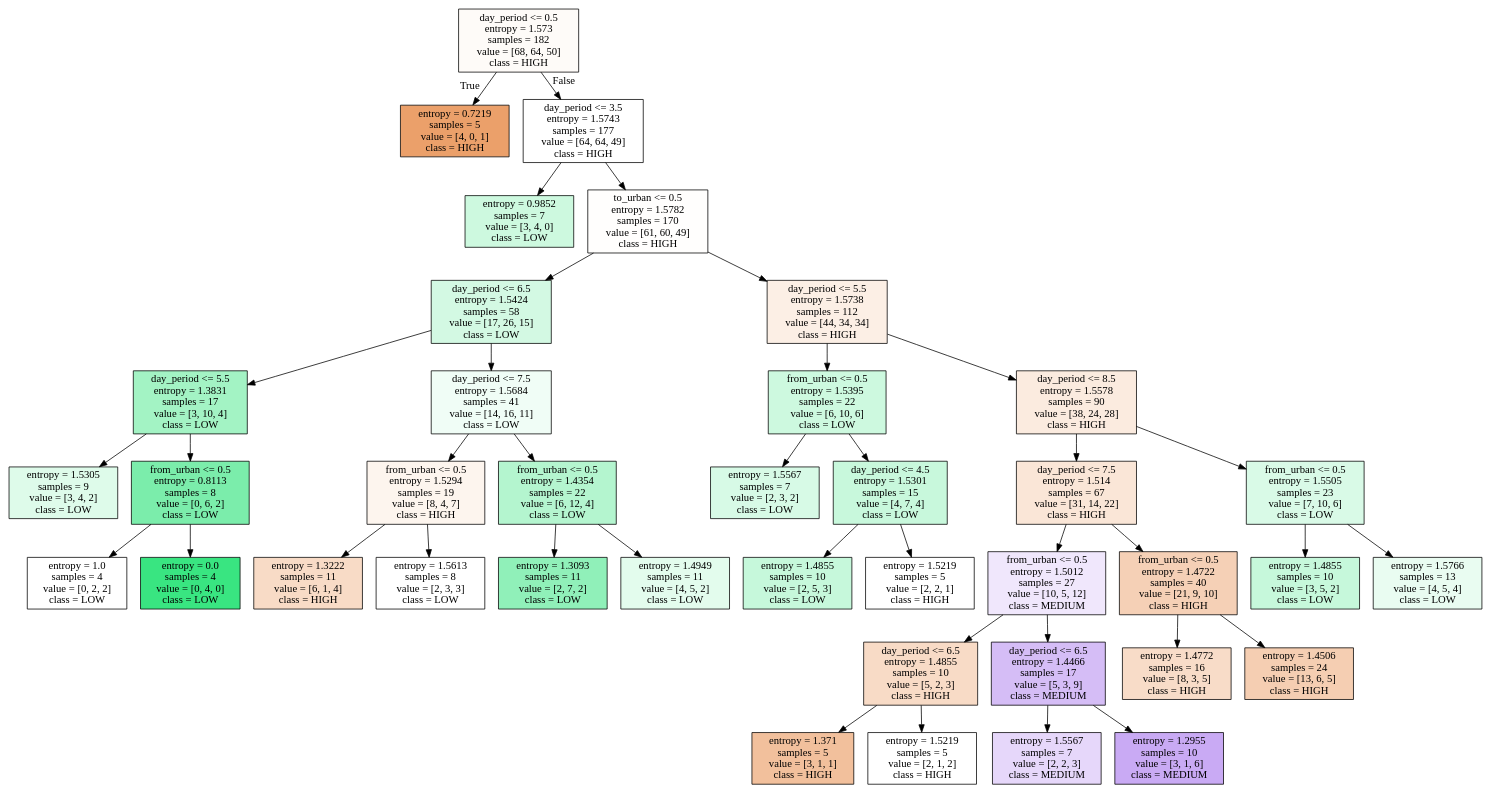
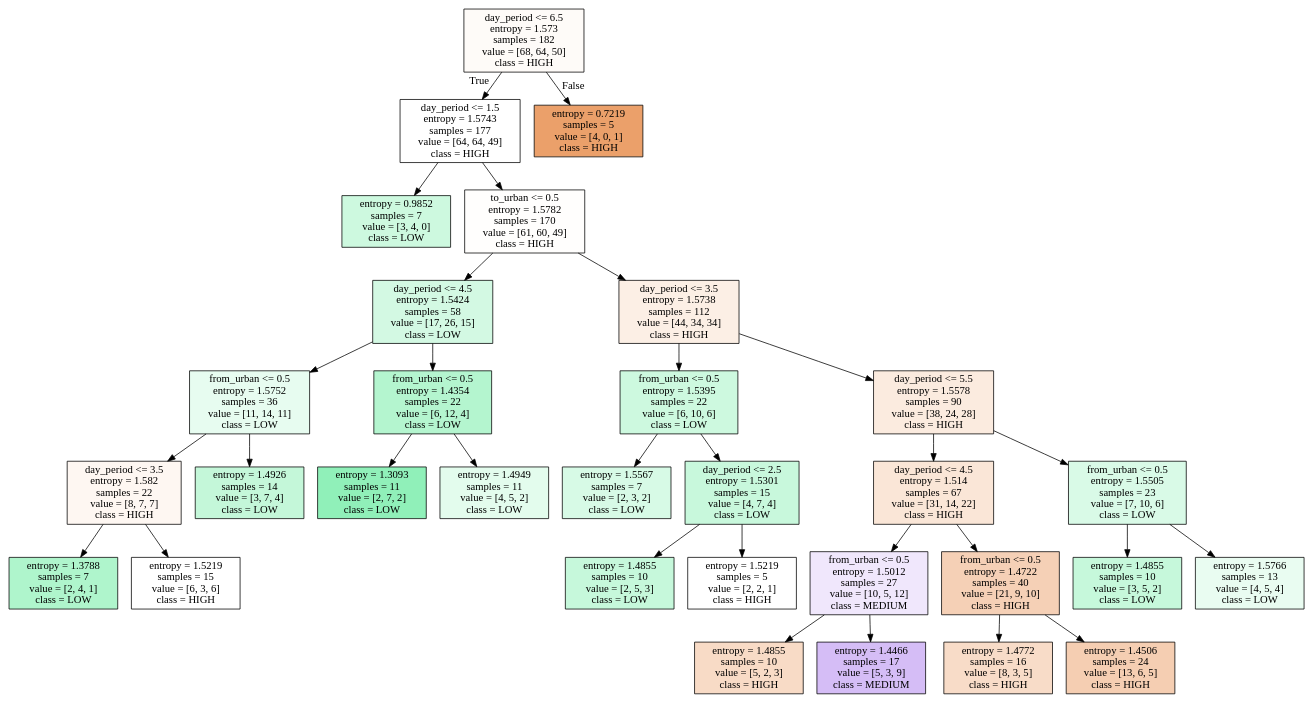
One commit to alexdaube/BelgianTrainsOccupancy changed the diagram in SUNDAY_iris.dot. Above: the diagram before and after it, drawn with Graphviz. The commit also changed 15 other files, not shown here.

```diff
--- a/SUNDAY_iris.dot
+++ b/SUNDAY_iris.dot
@@ -1,80 +1,64 @@
 digraph Tree {
 node [shape=box, style="filled", color="black"] ;
-0 [label="day_period <= 0.5\nentropy = 1.573\nsamples = 182\nvalue = [68, 64, 50]\nclass = HIGH", fillcolor="#e5813909"] ;
-1 [label="entropy = 0.7219\nsamples = 5\nvalue = [4, 0, 1]\nclass = HIGH", fillcolor="#e58139bf"] ;
+0 [label="day_period <= 6.5\nentropy = 1.573\nsamples = 182\nvalue = [68, 64, 50]\nclass = HIGH", fillcolor="#e5813909"] ;
+1 [label="day_period <= 1.5\nentropy = 1.5743\nsamples = 177\nvalue = [64, 64, 49]\nclass = HIGH", fillcolor="#e5813900"] ;
 0 -> 1 [labeldistance=2.5, labelangle=45, headlabel="True"] ;
-2 [label="day_period <= 3.5\nentropy = 1.5743\nsamples = 177\nvalue = [64, 64, 49]\nclass = HIGH", fillcolor="#e5813900"] ;
-0 -> 2 [labeldistance=2.5, labelangle=-45, headlabel="False"] ;
-3 [label="entropy = 0.9852\nsamples = 7\nvalue = [3, 4, 0]\nclass = LOW", fillcolor="#39e58140"] ;
-2 -> 3 ;
-4 [label="to_urban <= 0.5\nentropy = 1.5782\nsamples = 170\nvalue = [61, 60, 49]\nclass = HIGH", fillcolor="#e5813902"] ;
-2 -> 4 ;
-5 [label="day_period <= 6.5\nentropy = 1.5424\nsamples = 58\nvalue = [17, 26, 15]\nclass = LOW", fillcolor="#39e58138"] ;
+2 [label="entropy = 0.9852\nsamples = 7\nvalue = [3, 4, 0]\nclass = LOW", fillcolor="#39e58140"] ;
+1 -> 2 ;
+3 [label="to_urban <= 0.5\nentropy = 1.5782\nsamples = 170\nvalue = [61, 60, 49]\nclass = HIGH", fillcolor="#e5813902"] ;
+1 -> 3 ;
+4 [label="day_period <= 4.5\nentropy = 1.5424\nsamples = 58\nvalue = [17, 26, 15]\nclass = LOW", fillcolor="#39e58138"] ;
+3 -> 4 ;
+5 [label="from_urban <= 0.5\nentropy = 1.5752\nsamples = 36\nvalue = [11, 14, 11]\nclass = LOW", fillcolor="#39e5811f"] ;
 4 -> 5 ;
-6 [label="day_period <= 5.5\nentropy = 1.3831\nsamples = 17\nvalue = [3, 10, 4]\nclass = LOW", fillcolor="#39e58176"] ;
+6 [label="day_period <= 3.5\nentropy = 1.582\nsamples = 22\nvalue = [8, 7, 7]\nclass = HIGH", fillcolor="#e5813911"] ;
 5 -> 6 ;
-7 [label="entropy = 1.5305\nsamples = 9\nvalue = [3, 4, 2]\nclass = LOW", fillcolor="#39e5812a"] ;
+7 [label="entropy = 1.3788\nsamples = 7\nvalue = [2, 4, 1]\nclass = LOW", fillcolor="#39e58166"] ;
 6 -> 7 ;
-8 [label="from_urban <= 0.5\nentropy = 0.8113\nsamples = 8\nvalue = [0, 6, 2]\nclass = LOW", fillcolor="#39e581aa"] ;
+8 [label="entropy = 1.5219\nsamples = 15\nvalue = [6, 3, 6]\nclass = HIGH", fillcolor="#e5813900"] ;
 6 -> 8 ;
-9 [label="entropy = 1.0\nsamples = 4\nvalue = [0, 2, 2]\nclass = LOW", fillcolor="#39e58100"] ;
-8 -> 9 ;
-10 [label="entropy = 0.0\nsamples = 4\nvalue = [0, 4, 0]\nclass = LOW", fillcolor="#39e581ff"] ;
-8 -> 10 ;
-11 [label="day_period <= 7.5\nentropy = 1.5684\nsamples = 41\nvalue = [14, 16, 11]\nclass = LOW", fillcolor="#39e58113"] ;
-5 -> 11 ;
-12 [label="from_urban <= 0.5\nentropy = 1.5294\nsamples = 19\nvalue = [8, 4, 7]\nclass = HIGH", fillcolor="#e5813915"] ;
-11 -> 12 ;
-13 [label="entropy = 1.3222\nsamples = 11\nvalue = [6, 1, 4]\nclass = HIGH", fillcolor="#e5813949"] ;
-12 -> 13 ;
-14 [label="entropy = 1.5613\nsamples = 8\nvalue = [2, 3, 3]\nclass = LOW", fillcolor="#39e58100"] ;
-12 -> 14 ;
-15 [label="from_urban <= 0.5\nentropy = 1.4354\nsamples = 22\nvalue = [6, 12, 4]\nclass = LOW", fillcolor="#39e58160"] ;
-11 -> 15 ;
-16 [label="entropy = 1.3093\nsamples = 11\nvalue = [2, 7, 2]\nclass = LOW", fillcolor="#39e5818e"] ;
-15 -> 16 ;
-17 [label="entropy = 1.4949\nsamples = 11\nvalue = [4, 5, 2]\nclass = LOW", fillcolor="#39e58124"] ;
-15 -> 17 ;
-18 [label="day_period <= 5.5\nentropy = 1.5738\nsamples = 112\nvalue = [44, 34, 34]\nclass = HIGH", fillcolor="#e5813921"] ;
-4 -> 18 ;
-19 [label="from_urban <= 0.5\nentropy = 1.5395\nsamples = 22\nvalue = [6, 10, 6]\nclass = LOW", fillcolor="#39e58140"] ;
-18 -> 19 ;
-20 [label="entropy = 1.5567\nsamples = 7\nvalue = [2, 3, 2]\nclass = LOW", fillcolor="#39e58133"] ;
+9 [label="entropy = 1.4926\nsamples = 14\nvalue = [3, 7, 4]\nclass = LOW", fillcolor="#39e5814c"] ;
+5 -> 9 ;
+10 [label="from_urban <= 0.5\nentropy = 1.4354\nsamples = 22\nvalue = [6, 12, 4]\nclass = LOW", fillcolor="#39e58160"] ;
+4 -> 10 ;
+11 [label="entropy = 1.3093\nsamples = 11\nvalue = [2, 7, 2]\nclass = LOW", fillcolor="#39e5818e"] ;
+10 -> 11 ;
+12 [label="entropy = 1.4949\nsamples = 11\nvalue = [4, 5, 2]\nclass = LOW", fillcolor="#39e58124"] ;
+10 -> 12 ;
+13 [label="day_period <= 3.5\nentropy = 1.5738\nsamples = 112\nvalue = [44, 34, 34]\nclass = HIGH", fillcolor="#e5813921"] ;
+3 -> 13 ;
+14 [label="from_urban <= 0.5\nentropy = 1.5395\nsamples = 22\nvalue = [6, 10, 6]\nclass = LOW", fillcolor="#39e58140"] ;
+13 -> 14 ;
+15 [label="entropy = 1.5567\nsamples = 7\nvalue = [2, 3, 2]\nclass = LOW", fillcolor="#39e58133"] ;
+14 -> 15 ;
+16 [label="day_period <= 2.5\nentropy = 1.5301\nsamples = 15\nvalue = [4, 7, 4]\nclass = LOW", fillcolor="#39e58146"] ;
+14 -> 16 ;
+17 [label="entropy = 1.4855\nsamples = 10\nvalue = [2, 5, 3]\nclass = LOW", fillcolor="#39e58149"] ;
+16 -> 17 ;
+18 [label="entropy = 1.5219\nsamples = 5\nvalue = [2, 2, 1]\nclass = HIGH", fillcolor="#e5813900"] ;
+16 -> 18 ;
+19 [label="day_period <= 5.5\nentropy = 1.5578\nsamples = 90\nvalue = [38, 24, 28]\nclass = HIGH", fillcolor="#e5813929"] ;
+13 -> 19 ;
+20 [label="day_period <= 4.5\nentropy = 1.514\nsamples = 67\nvalue = [31, 14, 22]\nclass = HIGH", fillcolor="#e5813933"] ;
 19 -> 20 ;
-21 [label="day_period <= 4.5\nentropy = 1.5301\nsamples = 15\nvalue = [4, 7, 4]\nclass = LOW", fillcolor="#39e58146"] ;
-19 -> 21 ;
-22 [label="entropy = 1.4855\nsamples = 10\nvalue = [2, 5, 3]\nclass = LOW", fillcolor="#39e58149"] ;
+21 [label="from_urban <= 0.5\nentropy = 1.5012\nsamples = 27\nvalue = [10, 5, 12]\nclass = MEDIUM", fillcolor="#8139e51e"] ;
+20 -> 21 ;
+22 [label="entropy = 1.4855\nsamples = 10\nvalue = [5, 2, 3]\nclass = HIGH", fillcolor="#e5813949"] ;
 21 -> 22 ;
-23 [label="entropy = 1.5219\nsamples = 5\nvalue = [2, 2, 1]\nclass = HIGH", fillcolor="#e5813900"] ;
+23 [label="entropy = 1.4466\nsamples = 17\nvalue = [5, 3, 9]\nclass = MEDIUM", fillcolor="#8139e555"] ;
 21 -> 23 ;
-24 [label="day_period <= 8.5\nentropy = 1.5578\nsamples = 90\nvalue = [38, 24, 28]\nclass = HIGH", fillcolor="#e5813929"] ;
-18 -> 24 ;
-25 [label="day_period <= 7.5\nentropy = 1.514\nsamples = 67\nvalue = [31, 14, 22]\nclass = HIGH", fillcolor="#e5813933"] ;
+24 [label="from_urban <= 0.5\nentropy = 1.4722\nsamples = 40\nvalue = [21, 9, 10]\nclass = HIGH", fillcolor="#e581395e"] ;
+20 -> 24 ;
+25 [label="entropy = 1.4772\nsamples = 16\nvalue = [8, 3, 5]\nclass = HIGH", fillcolor="#e5813946"] ;
 24 -> 25 ;
-26 [label="from_urban <= 0.5\nentropy = 1.5012\nsamples = 27\nvalue = [10, 5, 12]\nclass = MEDIUM", fillcolor="#8139e51e"] ;
-25 -> 26 ;
-27 [label="day_period <= 6.5\nentropy = 1.4855\nsamples = 10\nvalue = [5, 2, 3]\nclass = HIGH", fillcolor="#e5813949"] ;
-26 -> 27 ;
-28 [label="entropy = 1.371\nsamples = 5\nvalue = [3, 1, 1]\nclass = HIGH", fillcolor="#e581397f"] ;
+26 [label="entropy = 1.4506\nsamples = 24\nvalue = [13, 6, 5]\nclass = HIGH", fillcolor="#e5813963"] ;
+24 -> 26 ;
+27 [label="from_urban <= 0.5\nentropy = 1.5505\nsamples = 23\nvalue = [7, 10, 6]\nclass = LOW", fillcolor="#39e58130"] ;
+19 -> 27 ;
+28 [label="entropy = 1.4855\nsamples = 10\nvalue = [3, 5, 2]\nclass = LOW", fillcolor="#39e58149"] ;
 27 -> 28 ;
-29 [label="entropy = 1.5219\nsamples = 5\nvalue = [2, 1, 2]\nclass = HIGH", fillcolor="#e5813900"] ;
+29 [label="entropy = 1.5766\nsamples = 13\nvalue = [4, 5, 4]\nclass = LOW", fillcolor="#39e5811c"] ;
 27 -> 29 ;
-30 [label="day_period <= 6.5\nentropy = 1.4466\nsamples = 17\nvalue = [5, 3, 9]\nclass = MEDIUM", fillcolor="#8139e555"] ;
-26 -> 30 ;
-31 [label="entropy = 1.5567\nsamples = 7\nvalue = [2, 2, 3]\nclass = MEDIUM", fillcolor="#8139e533"] ;
-30 -> 31 ;
-32 [label="entropy = 1.2955\nsamples = 10\nvalue = [3, 1, 6]\nclass = MEDIUM", fillcolor="#8139e56d"] ;
-30 -> 32 ;
-33 [label="from_urban <= 0.5\nentropy = 1.4722\nsamples = 40\nvalue = [21, 9, 10]\nclass = HIGH", fillcolor="#e581395e"] ;
-25 -> 33 ;
-34 [label="entropy = 1.4772\nsamples = 16\nvalue = [8, 3, 5]\nclass = HIGH", fillcolor="#e5813946"] ;
-33 -> 34 ;
-35 [label="entropy = 1.4506\nsamples = 24\nvalue = [13, 6, 5]\nclass = HIGH", fillcolor="#e5813963"] ;
-33 -> 35 ;
-36 [label="from_urban <= 0.5\nentropy = 1.5505\nsamples = 23\nvalue = [7, 10, 6]\nclass = LOW", fillcolor="#39e58130"] ;
-24 -> 36 ;
-37 [label="entropy = 1.4855\nsamples = 10\nvalue = [3, 5, 2]\nclass = LOW", fillcolor="#39e58149"] ;
-36 -> 37 ;
-38 [label="entropy = 1.5766\nsamples = 13\nvalue = [4, 5, 4]\nclass = LOW", fillcolor="#39e5811c"] ;
-36 -> 38 ;
+30 [label="entropy = 0.7219\nsamples = 5\nvalue = [4, 0, 1]\nclass = HIGH", fillcolor="#e58139bf"] ;
+0 -> 30 [labeldistance=2.5, labelangle=-45, headlabel="False"] ;
 }
```
